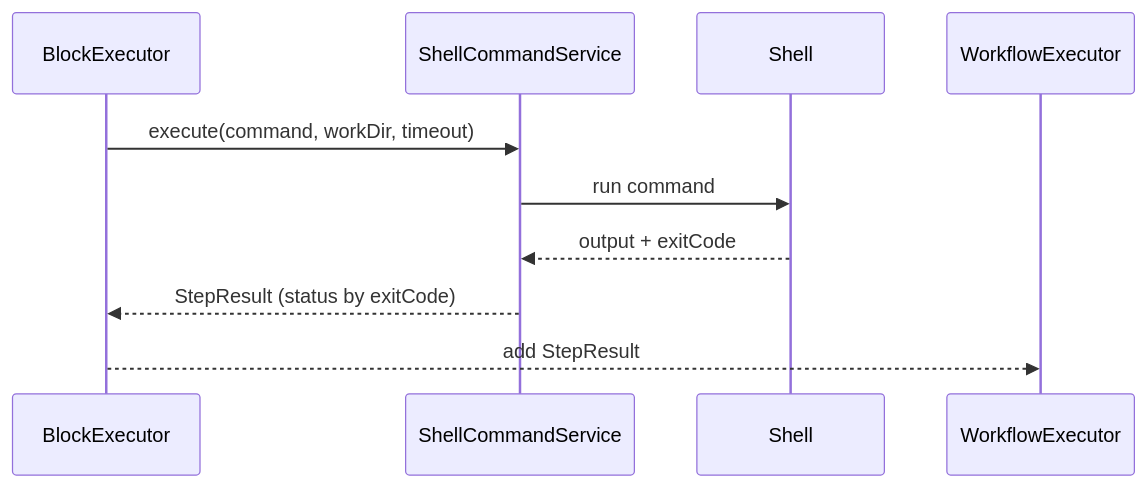
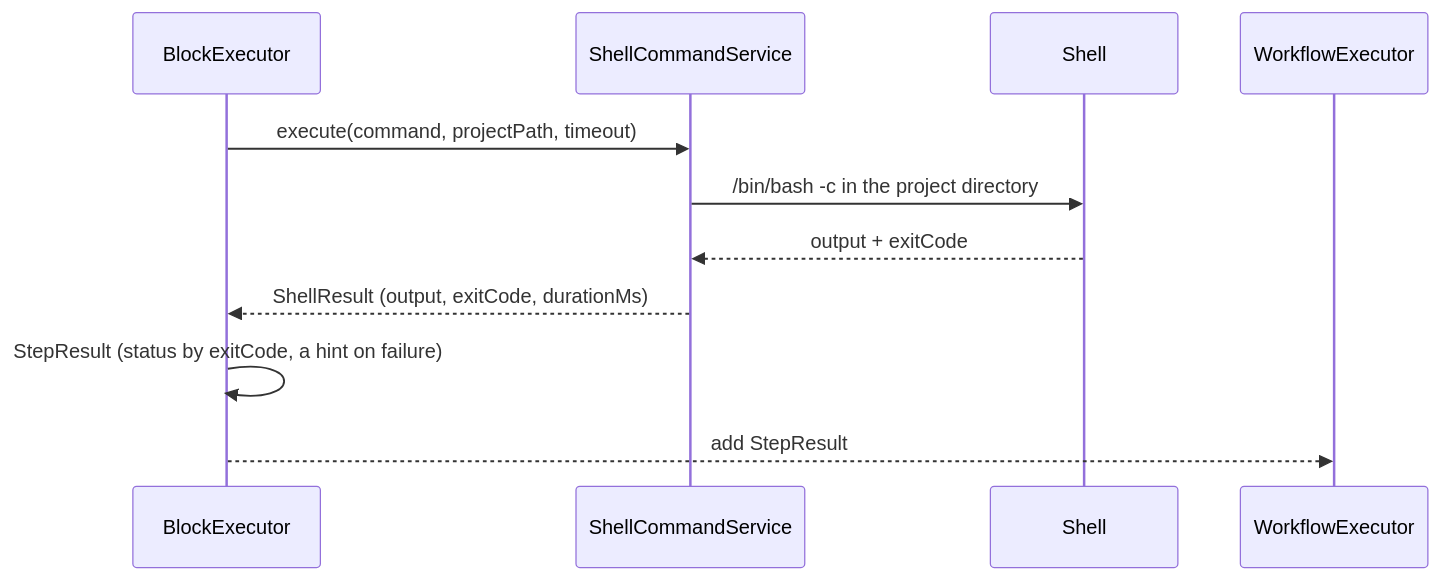
One commit to FLSEST/MySuricates changed the third of 5 diagrams in docs/en/workflow-engine-diagrams.md. Above: the diagram before and after it, drawn with Mermaid. The commit also changed other lines of this file and 4 other files, not shown here.

First line of the commit message:
docs(diagramme): Engine page shows provider routing, host execution and the current block matrix

````diff
--- a/docs/en/workflow-engine-diagrams.md
+++ b/docs/en/workflow-engine-diagrams.md
@@ -81,13 +84,14 @@
 ```mermaid
 sequenceDiagram
     participant BE as BlockExecutor
     participant SCS as ShellCommandService
     participant SH as Shell
     participant WE as WorkflowExecutor
 
-    BE->>SCS: execute(command, workDir, timeout)
-    SCS->>SH: run command
+    BE->>SCS: execute(command, projectPath, timeout)
+    SCS->>SH: /bin/bash -c in the project directory
     SH-->>SCS: output + exitCode
-    SCS-->>BE: StepResult (status by exitCode)
+    SCS-->>BE: ShellResult (output, exitCode, durationMs)
+    BE->>BE: StepResult (status by exitCode, a hint on failure)
     BE-->>WE: add StepResult
 ```
````
